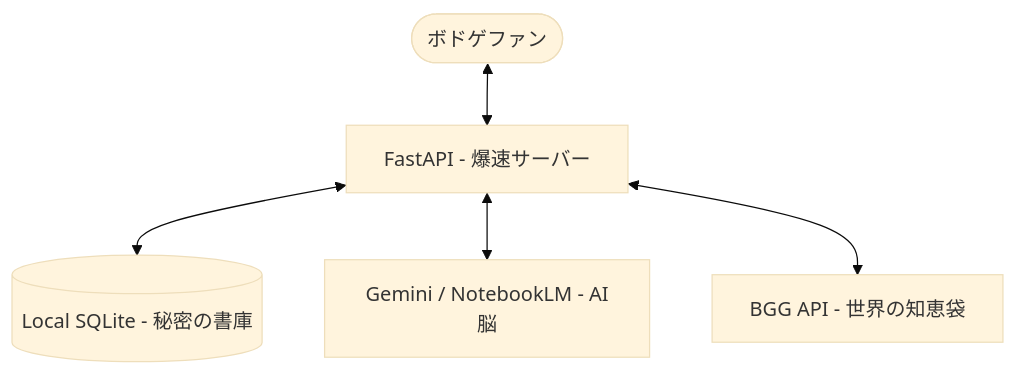
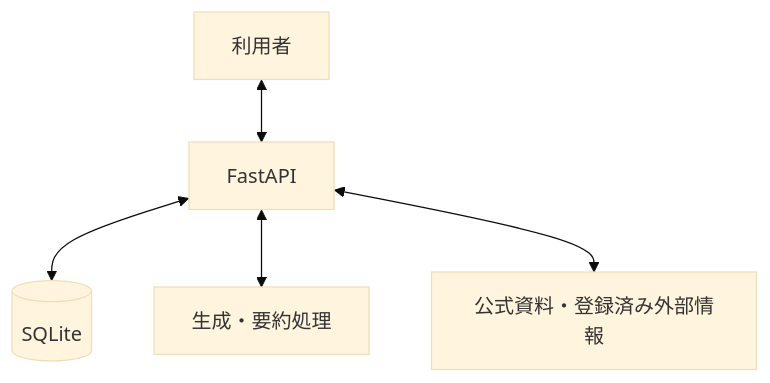
One commit to KAFKA2306/bodogenomikata2 changed the diagram in README.md. Above: the diagram before and after it, drawn with Mermaid (base theme). The commit also changed other lines of this file, not shown here.

````diff
--- a/README.md
+++ b/README.md
@@ -53,7 +40,7 @@
 ```mermaid
 graph TD
-    User([ボドゲファン]) <--> API[FastAPI - 爆速サーバー]
-    API <--> DB[(Local SQLite - 秘密の書庫)]
-    API <--> AI[Gemini / NotebookLM - AI脳]
-    API <--> BGG[BGG API - 世界の知恵袋]
+    User[利用者] <--> API[FastAPI]
+    API <--> DB[(SQLite)]
+    API <--> AI[生成・要約処理]
+    API <--> Sources[公式資料・登録済み外部情報]
 ```
````
